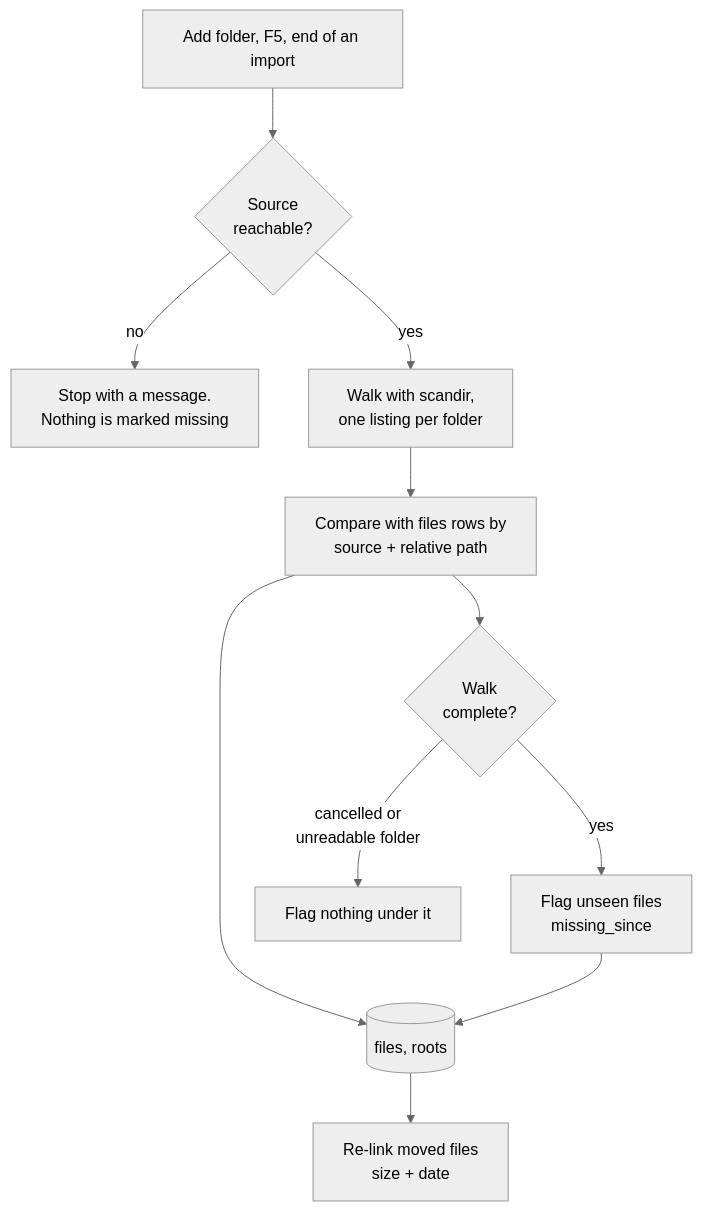
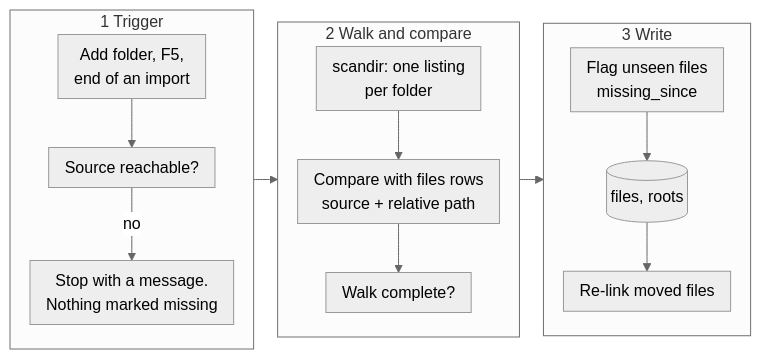
Before and after one commit to AxialForge/Lunelis: the third of 14 diagrams in docs/src/dataflow-lunelis.md, drawn with Mermaid (neutral theme). The commit also changed other lines of this file and 3 other files, not shown here.

Commit message:
Kit: keep table header and last rows with their neighbours, taller figures, diagram and table guidance in the style guide

````diff
--- a/docs/src/dataflow-lunelis.md
+++ b/docs/src/dataflow-lunelis.md
@@ -115,13 +97,19 @@
 ```mermaid Scan. An offline source is refused rather than scanned as empty, and only a complete walk can flag files missing.
-flowchart TD
-  A["Add folder, F5, end of an import"] --> B{"Source<br/>reachable?"}
-  B -- no --> X["Stop with a message.<br/>Nothing is marked missing"]
-  B -- yes --> C["Walk with scandir,<br/>one listing per folder"]
-  C --> D["Compare with files rows by<br/>source + relative path"]
-  D --> E[("files, roots")]
-  D --> F{"Walk<br/>complete?"}
-  F -- yes --> G["Flag unseen files<br/>missing_since"]
-  F -- "cancelled or<br/>unreadable folder" --> H["Flag nothing under it"]
-  G --> E
-  E --> I["Re-link moved files<br/>size + date"]
+%%{init: {"flowchart": {"rankSpacing": 24, "nodeSpacing": 20, "padding": 8}}}%%
+flowchart LR
+  subgraph c1["1 Trigger"]
+    direction TB
+    A["Add folder, F5,<br/>end of an import"] --> B["Source reachable?"]
+    B -- no --> X["Stop with a message.<br/>Nothing marked missing"]
+  end
+  subgraph c2["2 Walk and compare"]
+    direction TB
+    C["scandir: one listing<br/>per folder"] --> D["Compare with files rows<br/>source + relative path"]
+    D --> F["Walk complete?"]
+  end
+  subgraph c3["3 Write"]
+    direction TB
+    G["Flag unseen files<br/>missing_since"] --> E[("files, roots")] --> I["Re-link moved files"]
+  end
+  c1 --> c2 --> c3
 ```
````
